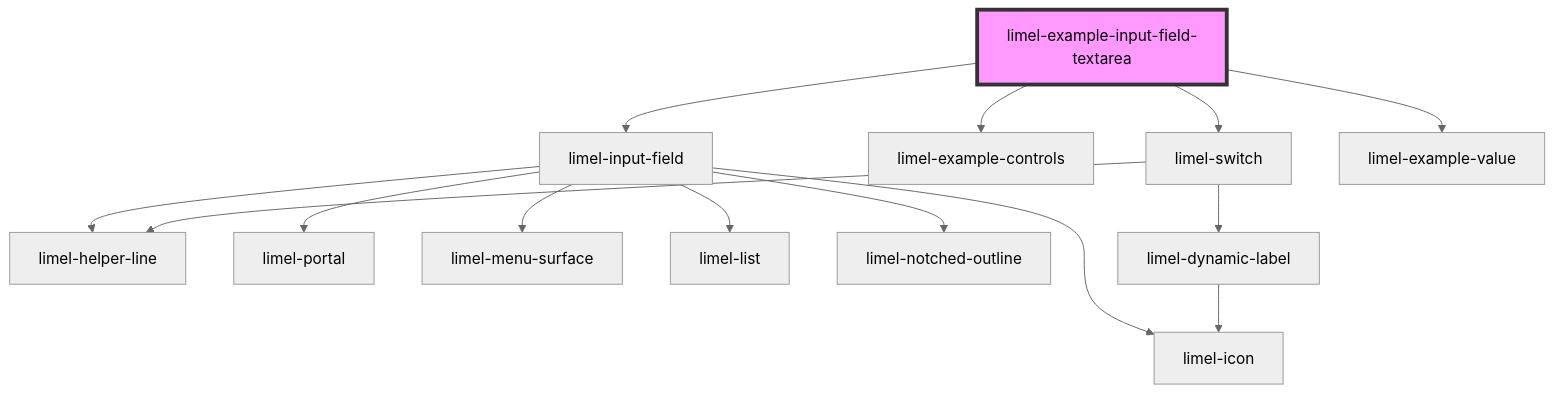
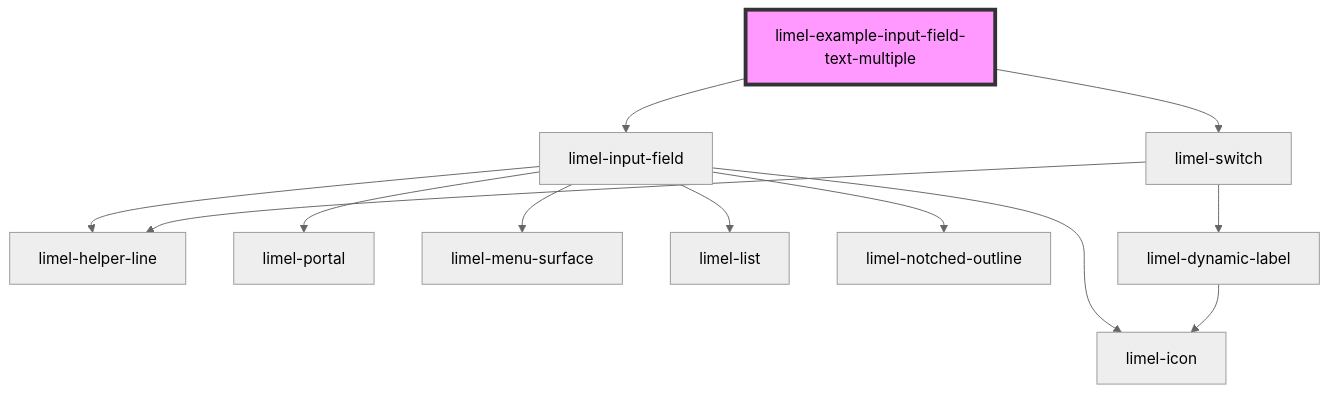
One commit to Lundalogik/lime-elements changed the diagram in versions/PR-4079/markdown-docs/components/input-field/examples/readme.md. Above: the diagram before and after it, drawn with Mermaid (neutral theme). The commit also changed other lines of this file and 8 other files, not shown here.

````diff
--- a/versions/PR-4079/markdown-docs/components/input-field/examples/readme.md
+++ b/versions/PR-4079/markdown-docs/components/input-field/examples/readme.md
@@ -19,17 +17,15 @@
 ```mermaid
 graph TD;
-  limel-example-input-field-textarea --> limel-input-field
-  limel-example-input-field-textarea --> limel-example-controls
-  limel-example-input-field-textarea --> limel-switch
-  limel-example-input-field-textarea --> limel-example-value
+  limel-example-input-field-text-multiple --> limel-input-field
+  limel-example-input-field-text-multiple --> limel-switch
   limel-input-field --> limel-helper-line
   limel-input-field --> limel-icon
   limel-input-field --> limel-portal
   limel-input-field --> limel-menu-surface
   limel-input-field --> limel-list
   limel-input-field --> limel-notched-outline
   limel-switch --> limel-dynamic-label
   limel-switch --> limel-helper-line
   limel-dynamic-label --> limel-icon
-  style limel-example-input-field-textarea fill:#f9f,stroke:#333,stroke-width:4px
+  style limel-example-input-field-text-multiple fill:#f9f,stroke:#333,stroke-width:4px
 ```
````
